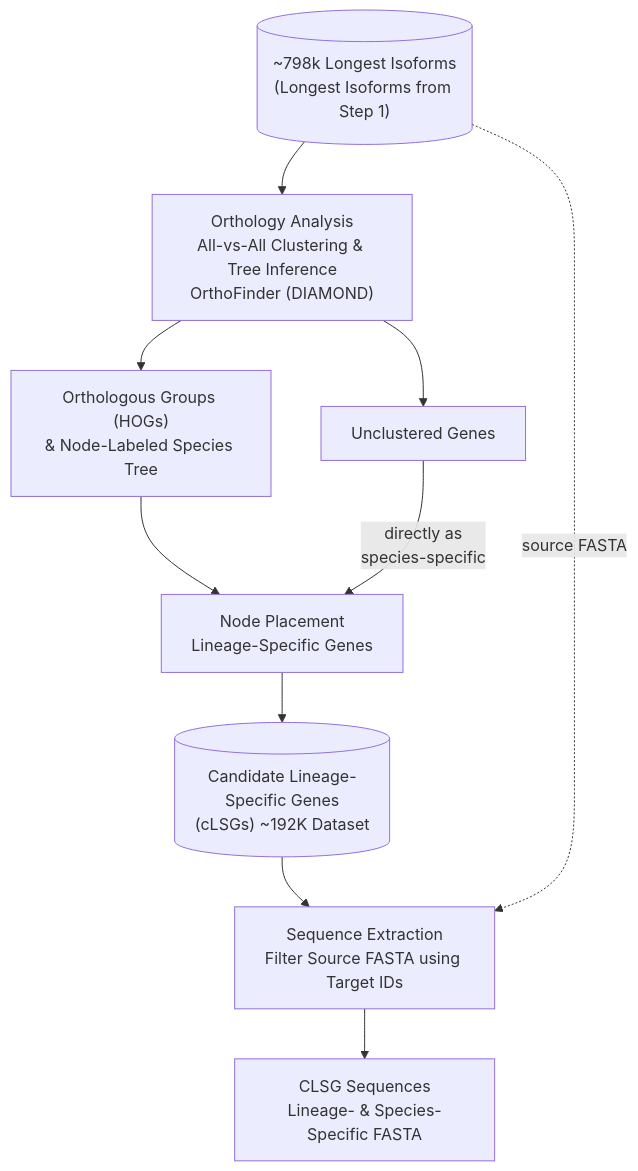
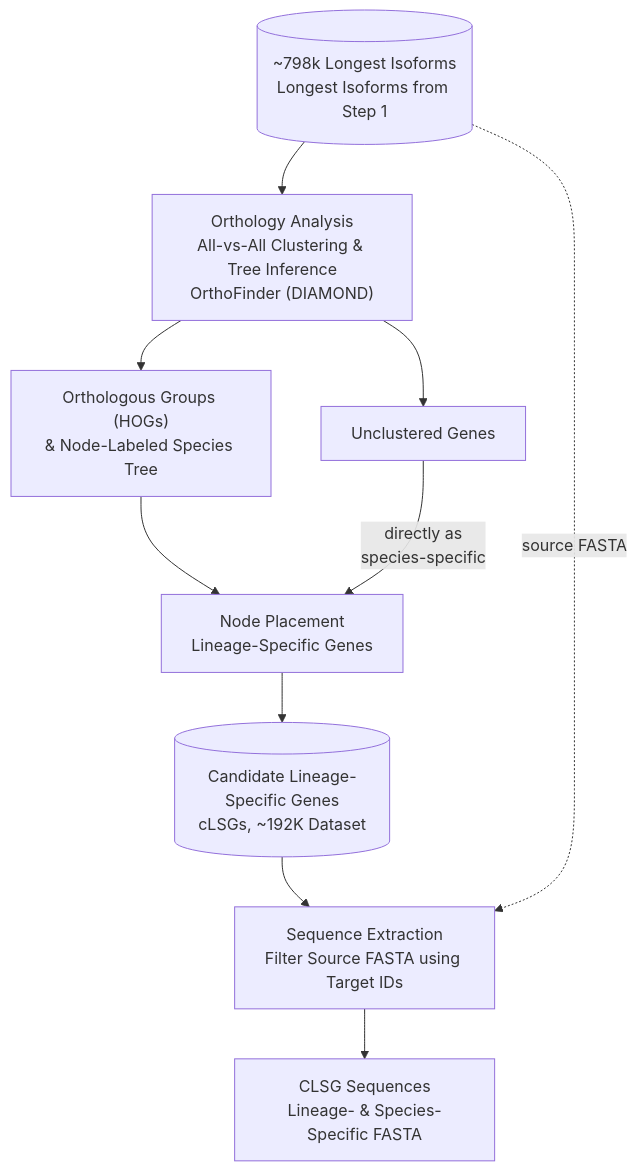
Before and after one commit to CasolaLab/LINGUA: the diagram in README.md, drawn with Mermaid.

Commit message:
Fix Mermaid render failure in the pipeline overview diagram
GitHub's Mermaid renderer failed with "Cannot read properties of
undefined (reading 'render')" on this diagram. Root cause: nodes A and
F use the cylinder shape (a "(" ")" pair as the shape delimiter), and
their quoted label text also contained literal parentheses
("(Longest Isoforms from Step 1)", "(cLSGs)") -- a known Mermaid
parser ambiguity when a shape's own delimiter characters also appear
inside that shape's label.

Removed the inner parentheses from both labels without changing their
meaning.

Development assisted by Claude Code (Anthropic).

````diff
--- a/README.md
+++ b/README.md
@@ -9,21 +9,21 @@
 ```mermaid
 flowchart TD
-    A[("~798k Longest Isoforms<br/>(Longest Isoforms from Step 1)")]
+    A[("~798k Longest Isoforms<br/>Longest Isoforms from Step 1")]
     B["Orthology Analysis<br/>All-vs-All Clustering &amp; Tree Inference<br/>OrthoFinder (DIAMOND)"]
     C["Orthologous Groups (HOGs)<br/>&amp; Node-Labeled Species Tree"]
     D["Unclustered Genes"]
     E["Node Placement<br/>Lineage-Specific Genes"]
-    F[("Candidate Lineage-Specific Genes<br/>(cLSGs) ~192K Dataset")]
+    F[("Candidate Lineage-Specific Genes<br/>cLSGs, ~192K Dataset")]
     G["Sequence Extraction<br/>Filter Source FASTA using Target IDs"]
     H["CLSG Sequences<br/>Lineage- &amp; Species-Specific FASTA"]
 
     A --> B
     B --> C
     B --> D
     C --> E
     D -- "directly as<br/>species-specific" --> E
     E --> F
     F --> G
     A -. "source FASTA" .-> G
     G --> H
 ```
````
